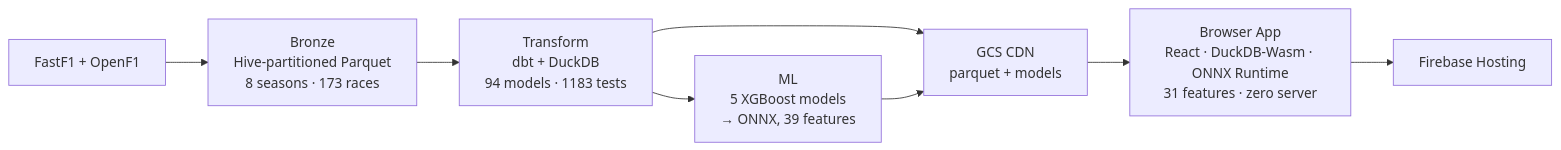
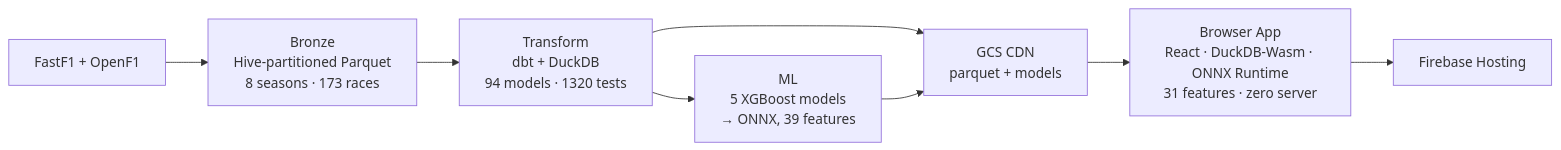
The diagram in README.md (JustinClarke/off-the-pace), drawn with Mermaid before and after one commit. The commit also changed other lines of this file and 121 other files, not shown here.

````diff
--- a/README.md
+++ b/README.md
@@ -60,10 +60,10 @@
 ```mermaid
 flowchart LR
     A["FastF1 + OpenF1"] --> B["Bronze<br/>Hive-partitioned Parquet<br/>8 seasons · 173 races"]
-    B --> C["Transform<br/>dbt + DuckDB<br/>94 models · 1183 tests"]
+    B --> C["Transform<br/>dbt + DuckDB<br/>94 models · 1320 tests"]
     C --> D["ML<br/>5 XGBoost models<br/>→ ONNX, 39 features"]
     C --> E["GCS CDN<br/>parquet + models"]
     D --> E
     E --> F["Browser App<br/>React · DuckDB-Wasm · ONNX Runtime<br/>31 features · zero server"]
     F --> G["Firebase Hosting"]
 ```
````
